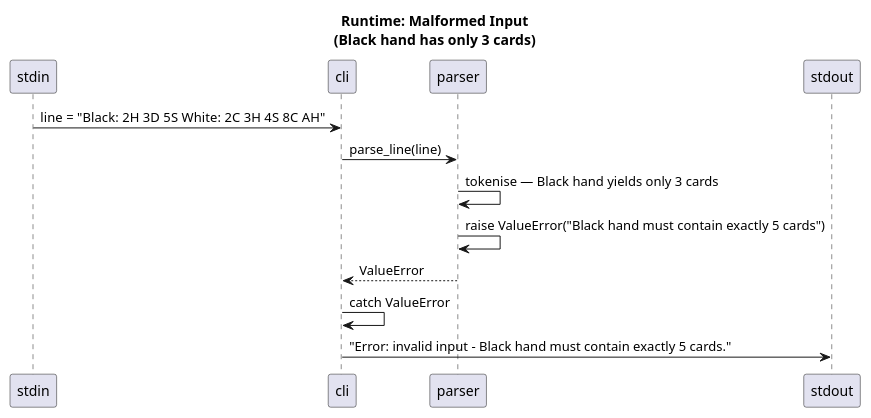
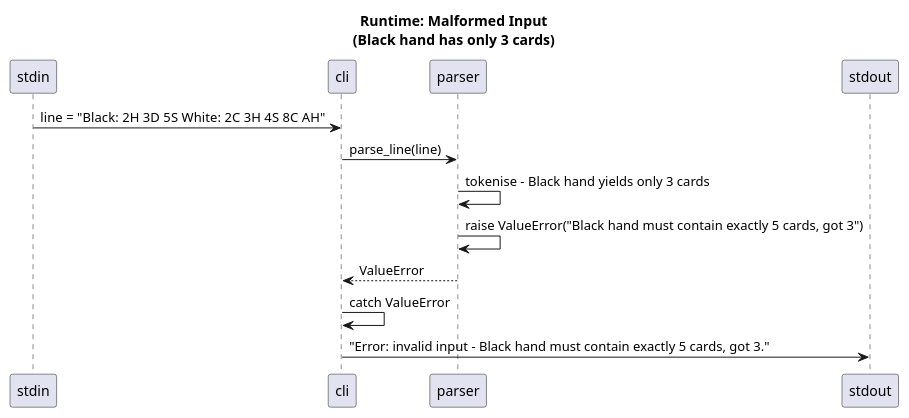
One commit to resetarp/agentic-sdlc-petar-resetar changed the diagram in architecture/diagrams/seq-malformed-input.puml. Above: the diagram before and after it, drawn with PlantUML. The commit also changed 15 other files, not shown here.

```diff
--- a/architecture/diagrams/seq-malformed-input.puml
+++ b/architecture/diagrams/seq-malformed-input.puml
@@ -1,19 +1,19 @@
 @startuml seq-malformed-input
 title Runtime: Malformed Input\n(Black hand has only 3 cards)
 
 participant "stdin" as stdin
 participant "cli" as cli
 participant "parser" as parser
 participant "stdout" as stdout
 
 stdin -> cli : line = "Black: 2H 3D 5S  White: 2C 3H 4S 8C AH"
 
 cli -> parser : parse_line(line)
-parser -> parser : tokenise — Black hand yields only 3 cards
-parser -> parser : raise ValueError("Black hand must contain exactly 5 cards")
+parser -> parser : tokenise - Black hand yields only 3 cards
+parser -> parser : raise ValueError("Black hand must contain exactly 5 cards, got 3")
 parser --> cli : ValueError
 
 cli -> cli : catch ValueError
-cli -> stdout : "Error: invalid input – Black hand must contain exactly 5 cards."
+cli -> stdout : "Error: invalid input - Black hand must contain exactly 5 cards, got 3."
 
 @enduml
```
